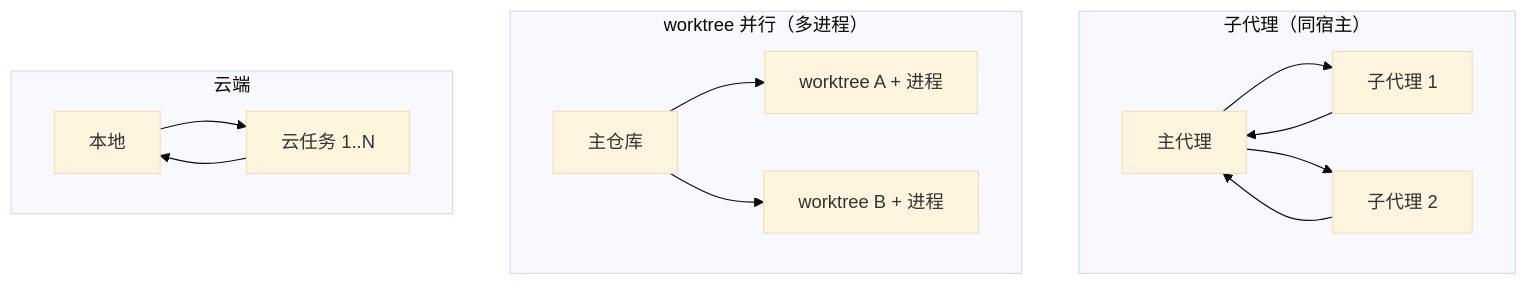
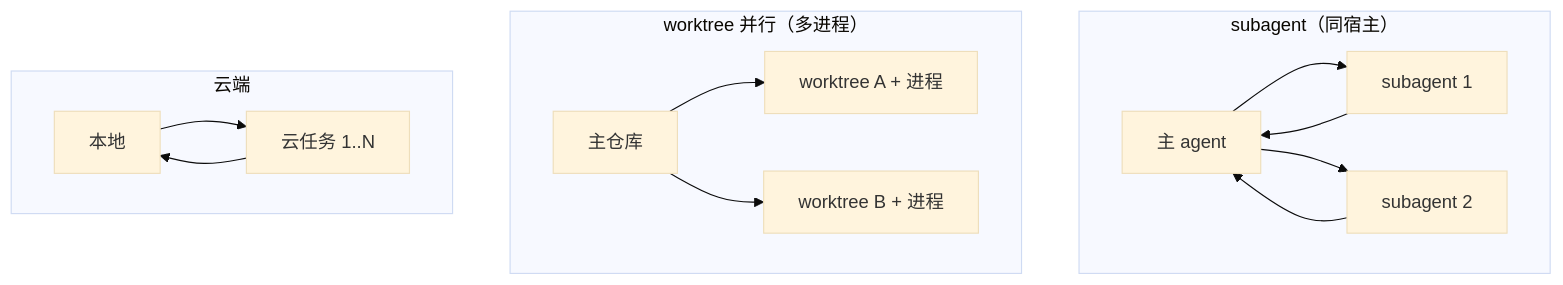
One commit to fxjs/ai-coding-agents-book changed the first of 2 diagrams in book/12-multi-agent.md. Above: the diagram before and after it, drawn with Mermaid (base theme). The commit also changed other lines of this file and 29 other files, not shown here.

````diff
--- a/book/12-multi-agent.md
+++ b/book/12-multi-agent.md
@@ -23,17 +23,17 @@
 ```mermaid
 flowchart TB
-  subgraph 形态1["子代理（同宿主）"]
-    A[主代理] --> B[子代理 1]
-    A --> C[子代理 2]
+  subgraph 形态1["subagent（同宿主）"]
+    A[主 agent] --> B[subagent 1]
+    A --> C[subagent 2]
     B --> A
     C --> A
   end
   subgraph 形态2["worktree 并行（多进程）"]
     D[主仓库] --> E[worktree A + 进程]
     D --> F[worktree B + 进程]
   end
   subgraph 形态3["云端"]
     G[本地] --> H[云任务 1..N]
     H --> G
   end
 ```
````
